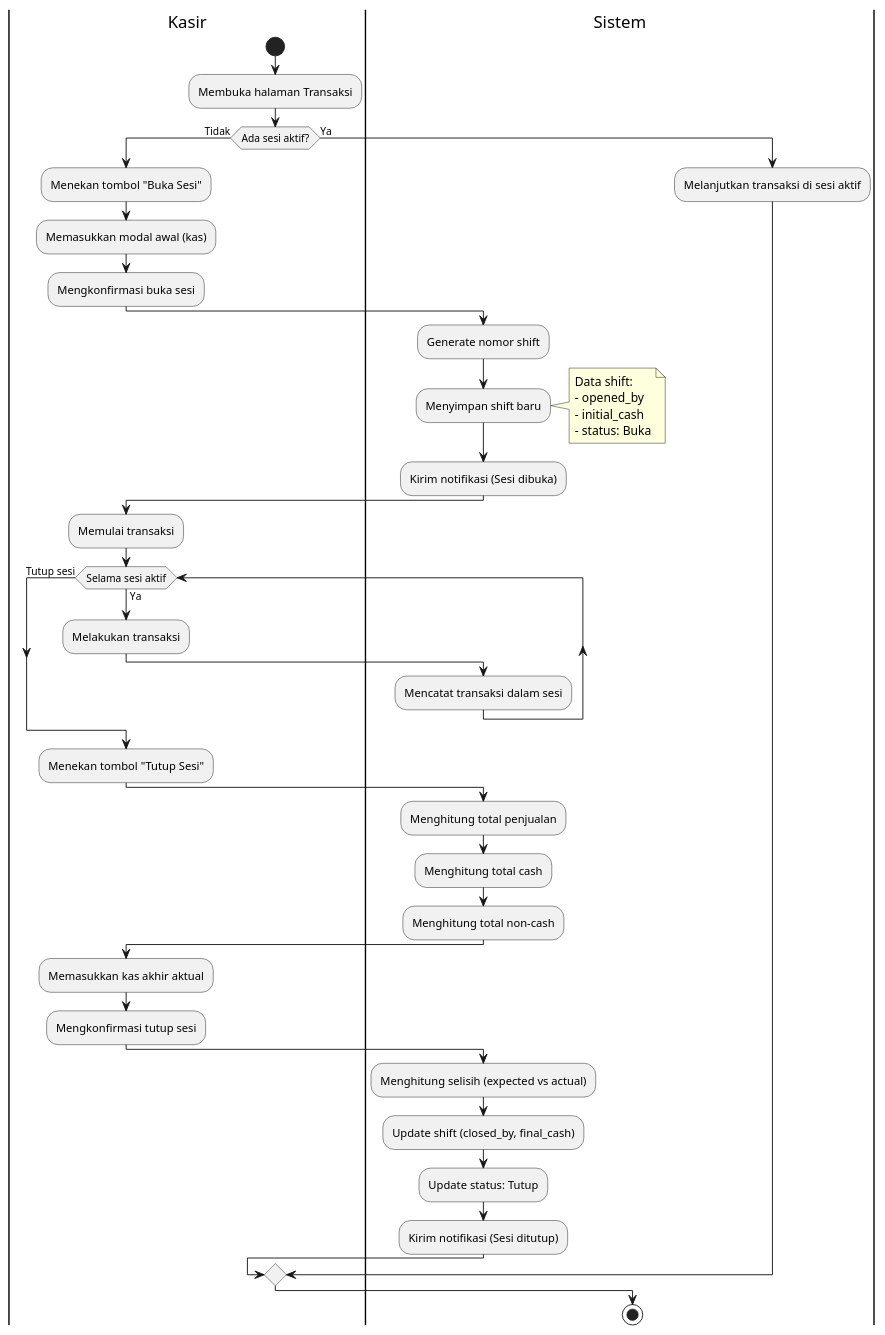
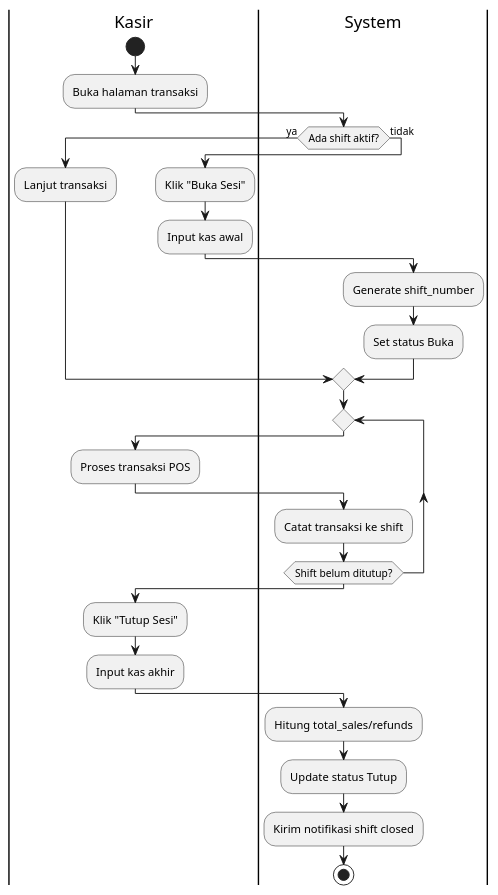
One commit to pawon3d/pawon3d changed the diagram in docs/diagrams/puml/02_activity_shift.puml. Above: the diagram before and after it, drawn with PlantUML. The commit also changed 155 other files, not shown here.

```diff
--- a/docs/diagrams/puml/02_activity_shift.puml
+++ b/docs/diagrams/puml/02_activity_shift.puml
@@ -1,57 +1,40 @@
-@startuml Activity Diagram - Sesi Penjualan (Shift)
+@startuml Activity - Shift Kasir (Buka/Tutup)
 
 |Kasir|
 start
-:Membuka halaman Transaksi;
+:Buka halaman transaksi;
 
-if (Ada sesi aktif?) then (Tidak)
-    :Menekan tombol "Buka Sesi";
-    :Memasukkan modal awal (kas);
-    :Mengkonfirmasi buka sesi;
+|System|
+if (Ada shift aktif?) then (ya)
+    |Kasir|
+    :Lanjut transaksi;
+else (tidak)
+    |Kasir|
+    :Klik "Buka Sesi";
+    :Input kas awal;
     
-    |Sistem|
-    :Generate nomor shift;
-    :Menyimpan shift baru;
-    note right
-      Data shift:
-      - opened_by
-      - initial_cash
-      - status: Buka
-    end note
-    :Kirim notifikasi (Sesi dibuka);
+    |System|
+    :Generate shift_number;
+    :Set status Buka;
+endif
+
+repeat
+    |Kasir|
+    :Proses transaksi POS;
     
-    |Kasir|
-    :Memulai transaksi;
-    
-    while (Selama sesi aktif) is (Ya)
-        :Melakukan transaksi;
-        
-        |Sistem|
-        :Mencatat transaksi dalam sesi;
-    endwhile (Tutup sesi)
-    
-    |Kasir|
-    :Menekan tombol "Tutup Sesi";
-    
-    |Sistem|
-    :Menghitung total penjualan;
-    :Menghitung total cash;
-    :Menghitung total non-cash;
-    
-    |Kasir|
-    :Memasukkan kas akhir aktual;
-    :Mengkonfirmasi tutup sesi;
-    
-    |Sistem|
-    :Menghitung selisih (expected vs actual);
-    :Update shift (closed_by, final_cash);
-    :Update status: Tutup;
-    :Kirim notifikasi (Sesi ditutup);
-    
-else (Ya)
-    :Melanjutkan transaksi di sesi aktif;
-endif
+    |System|
+    :Catat transaksi ke shift;
+repeat while (Shift belum ditutup?)
+
+|Kasir|
+:Klik "Tutup Sesi";
+:Input kas akhir;
+
+|System|
+:Hitung total_sales/refunds;
+:Update status Tutup;
+:Kirim notifikasi shift closed;
 
 stop
 
 @enduml
```
